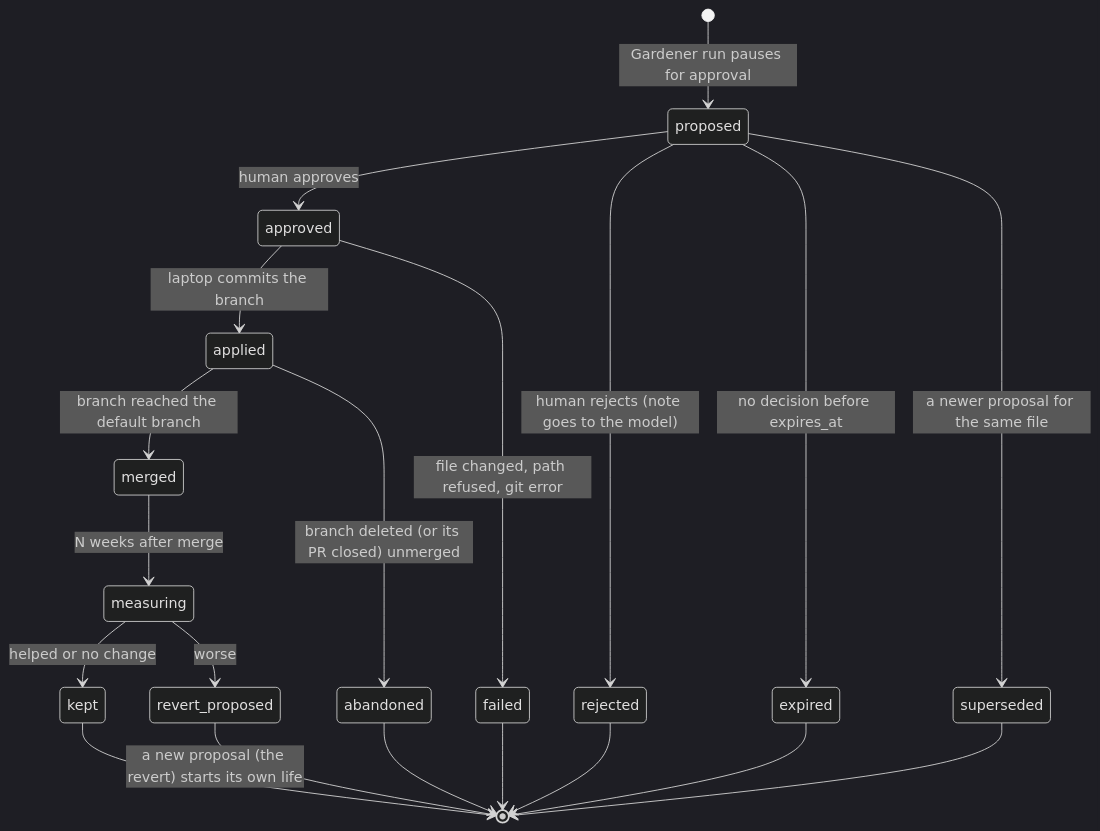
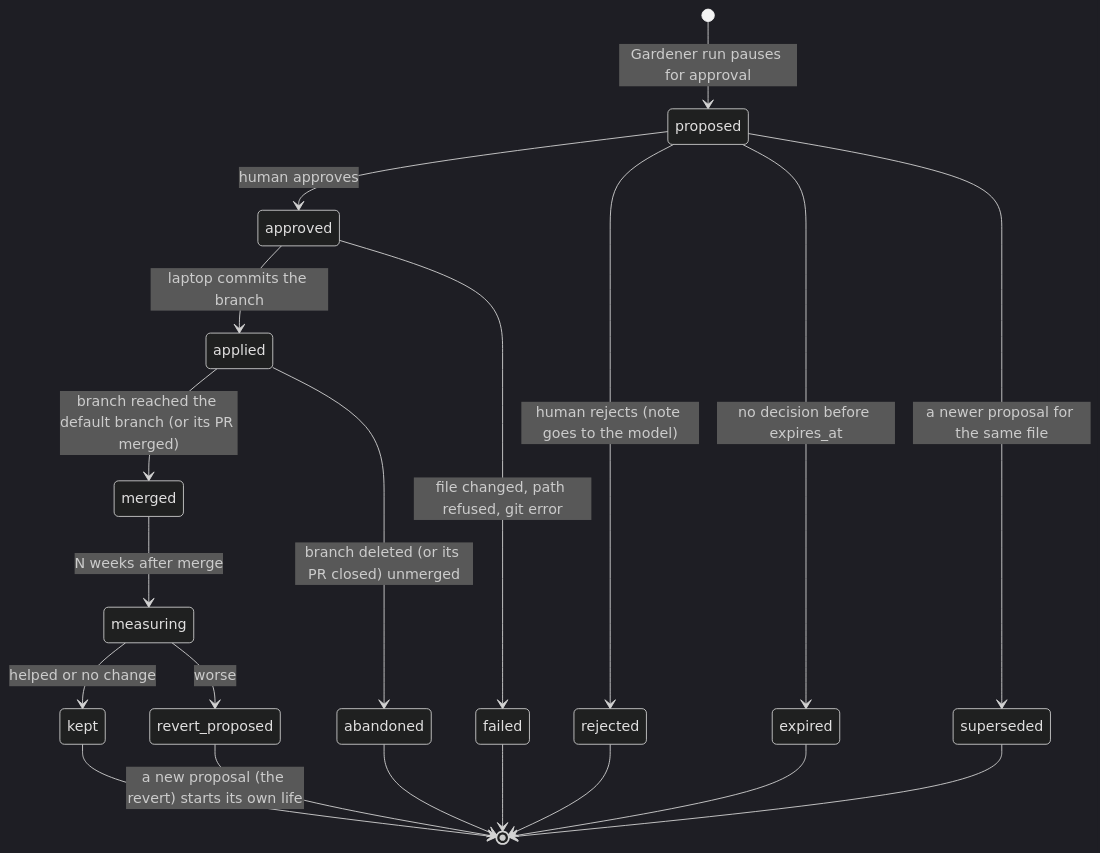
One commit to Vela3202019/wisen changed the fourth of 4 diagrams in docs/plan/cloud-architecture.md. Above: the diagram before and after it, drawn with Mermaid (dark theme). The commit also changed 1 other file, not shown here.

Commit message:
no-mistakes(document): Note PR-merge transition in state diagram; sort imports

````diff
--- a/docs/plan/cloud-architecture.md
+++ b/docs/plan/cloud-architecture.md
@@ -595,22 +595,22 @@
 ```mermaid
 stateDiagram-v2
     [*] --> proposed: Gardener run pauses for approval
     proposed --> approved: human approves
     proposed --> rejected: human rejects (note goes to the model)
     proposed --> expired: no decision before expires_at
     proposed --> superseded: a newer proposal for the same file
     approved --> applied: laptop commits the branch
     approved --> failed: file changed, path refused, git error
-    applied --> merged: branch reached the default branch
+    applied --> merged: branch reached the default branch (or its PR merged)
     applied --> abandoned: branch deleted (or its PR closed) unmerged
     merged --> measuring: N weeks after merge
     measuring --> kept: helped or no change
     measuring --> revert_proposed: worse
     revert_proposed --> [*]: a new proposal (the revert) starts its own life
     rejected --> [*]
     expired --> [*]
     superseded --> [*]
     failed --> [*]
     abandoned --> [*]
     kept --> [*]
 ```
````
